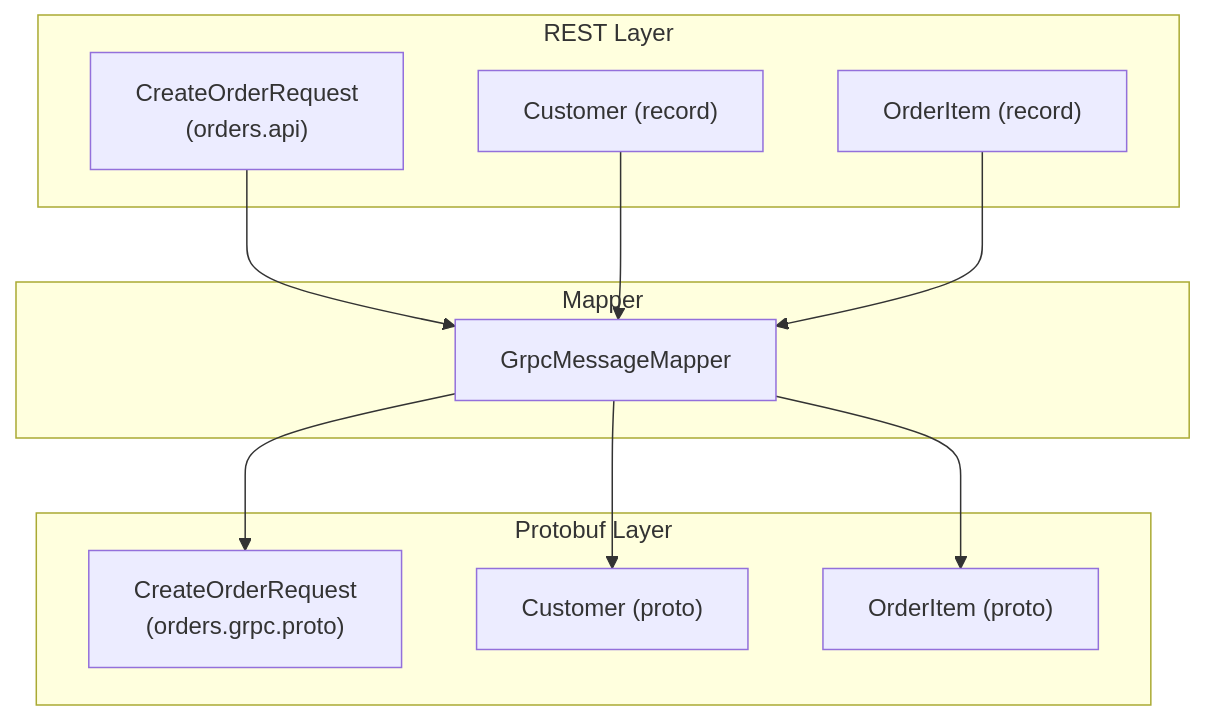
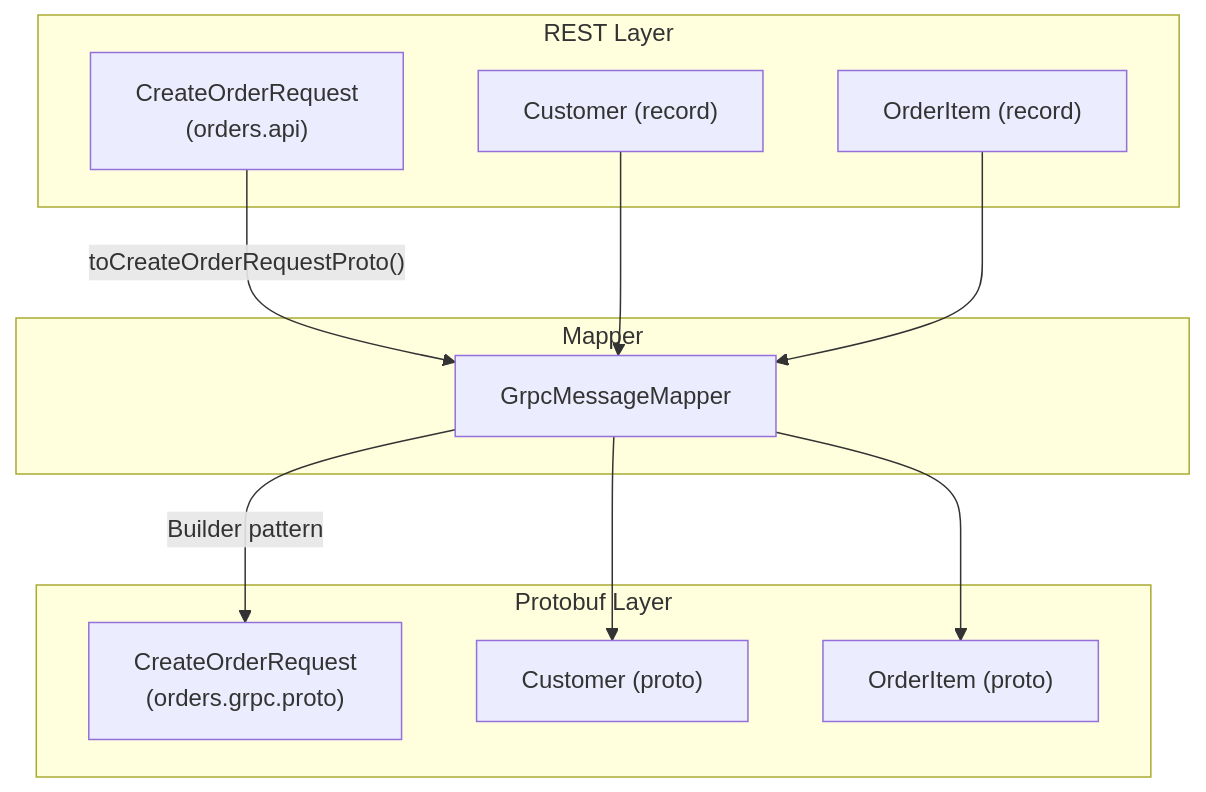
One commit to philipz/spring-modular-monolith changed the third of 6 diagrams in docs/deepwiki/gRPC-Services-and-Protocol-Buffers.md. Above: the diagram before and after it, drawn with Mermaid. The commit also changed other lines of this file and 55 other files, not shown here.

````diff
--- a/docs/deepwiki/gRPC-Services-and-Protocol-Buffers.md
+++ b/docs/deepwiki/gRPC-Services-and-Protocol-Buffers.md
@@ -193,34 +193,34 @@
 ```mermaid
 flowchart TD
 
 CreateOrderRequestDTO["CreateOrderRequest<br>(orders.api)"]
 CustomerDTO["Customer (record)"]
 OrderItemDTO["OrderItem (record)"]
 GrpcMessageMapper["GrpcMessageMapper"]
 CreateOrderRequestProto["CreateOrderRequest<br>(orders.grpc.proto)"]
 CustomerProto["Customer (proto)"]
 OrderItemProto["OrderItem (proto)"]
 
-CreateOrderRequestDTO --> GrpcMessageMapper
+CreateOrderRequestDTO -->|"toCreateOrderRequestProto()"| GrpcMessageMapper
 CustomerDTO --> GrpcMessageMapper
 OrderItemDTO --> GrpcMessageMapper
-GrpcMessageMapper --> CreateOrderRequestProto
+GrpcMessageMapper -->|"Builder pattern"| CreateOrderRequestProto
 GrpcMessageMapper --> CustomerProto
 GrpcMessageMapper --> OrderItemProto
 
 subgraph subGraph2 ["Protobuf Layer"]
     CreateOrderRequestProto
     CustomerProto
     OrderItemProto
 end
 
 subgraph Mapper ["Mapper"]
     GrpcMessageMapper
 end
 
 subgraph subGraph0 ["REST Layer"]
     CreateOrderRequestDTO
     CustomerDTO
     OrderItemDTO
 end
 ```
````
